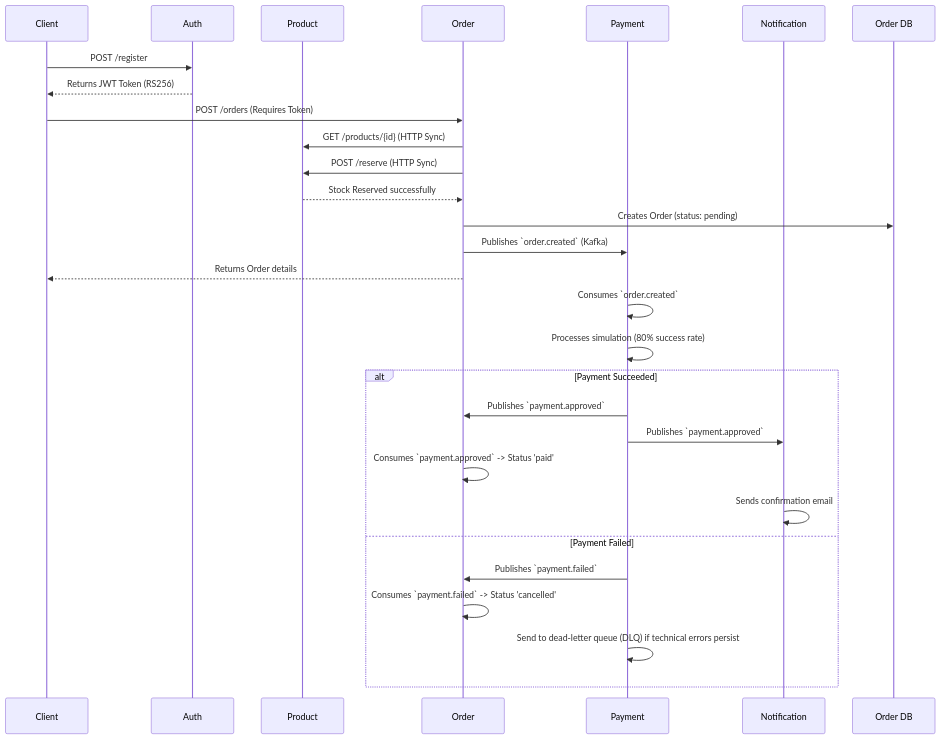
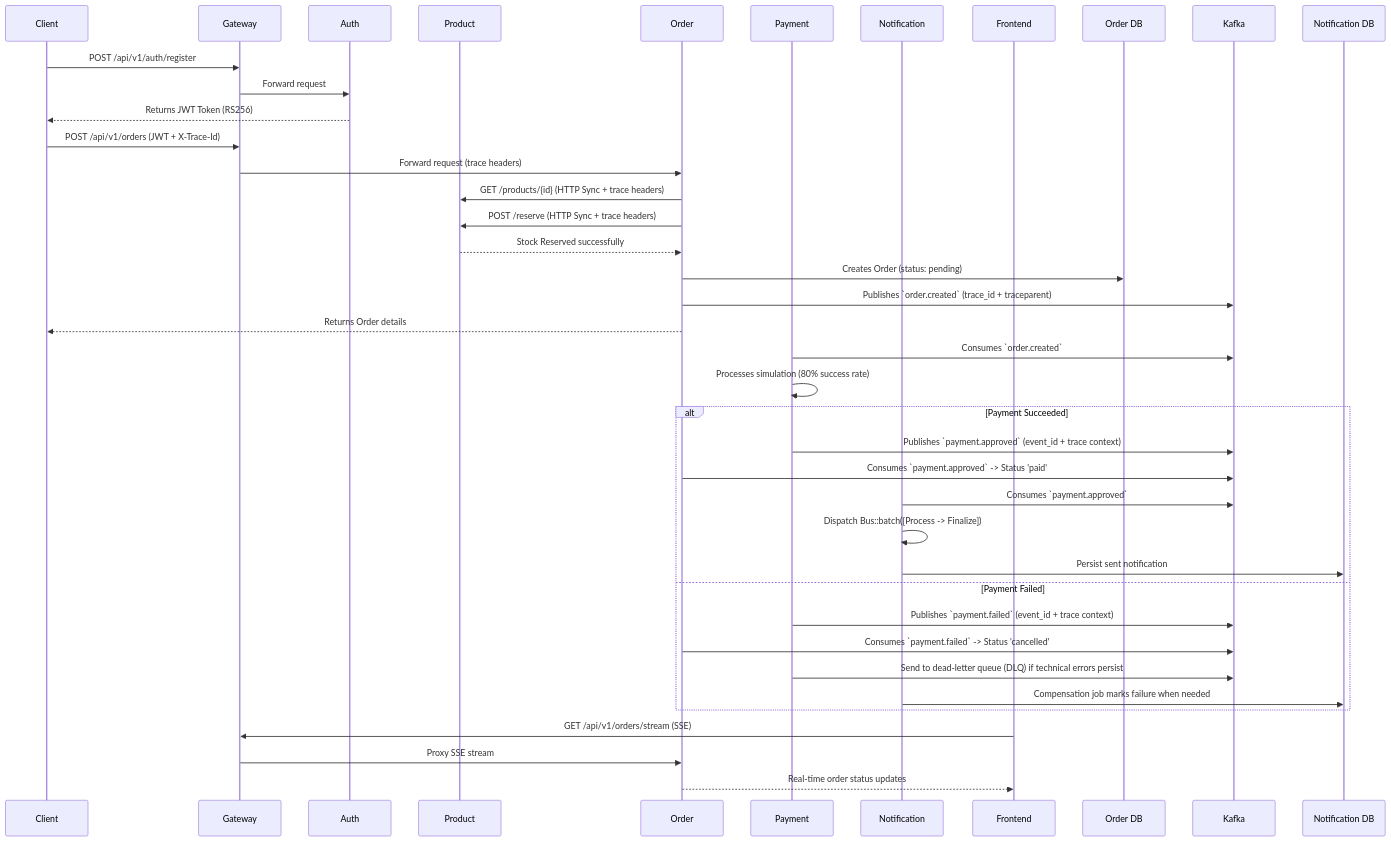
One commit to millerp/order-hub changed the diagram in README.md. Above: the diagram before and after it, drawn with Mermaid.

Commit message:
docs(readme): update event flow diagram for phase 3 architecture

````diff
--- a/README.md
+++ b/README.md
@@ -24,33 +24,43 @@
 ```mermaid
 sequenceDiagram
     participant Client
+    participant Gateway
     participant Auth
     participant Product
     participant Order
     participant Payment
     participant Notification
+    participant Frontend
     
-    Client->>Auth: POST /register
+    Client->>Gateway: POST /api/v1/auth/register
+    Gateway->>Auth: Forward request
     Auth-->>Client: Returns JWT Token (RS256)
     
-    Client->>Order: POST /orders (Requires Token)
-    Order->>Product: GET /products/{id} (HTTP Sync)
-    Order->>Product: POST /reserve (HTTP Sync)
+    Client->>Gateway: POST /api/v1/orders (JWT + X-Trace-Id)
+    Gateway->>Order: Forward request (trace headers)
+    Order->>Product: GET /products/{id} (HTTP Sync + trace headers)
+    Order->>Product: POST /reserve (HTTP Sync + trace headers)
     Product-->>Order: Stock Reserved successfully
     Order->>Order DB: Creates Order (status: pending)
-    Order->>Payment: Publishes `order.created` (Kafka)
+    Order->>Kafka: Publishes `order.created` (trace_id + traceparent)
     Order-->>Client: Returns Order details
     
-    Payment->>Payment: Consumes `order.created`
+    Payment->>Kafka: Consumes `order.created`
     Payment->>Payment: Processes simulation (80% success rate)
     alt Payment Succeeded
-        Payment->>Order: Publishes `payment.approved`
-        Payment->>Notification: Publishes `payment.approved`
-        Order->>Order: Consumes `payment.approved` -> Status 'paid'
-        Notification->>Notification: Sends confirmation email
+        Payment->>Kafka: Publishes `payment.approved` (event_id + trace context)
+        Order->>Kafka: Consumes `payment.approved` -> Status 'paid'
+        Notification->>Kafka: Consumes `payment.approved`
+        Notification->>Notification: Dispatch Bus::batch([Process -> Finalize])
+        Notification->>Notification DB: Persist sent notification
     else Payment Failed
-        Payment->>Order: Publishes `payment.failed`
-        Order->>Order: Consumes `payment.failed` -> Status 'cancelled'
-        Payment->>Payment: Send to dead-letter queue (DLQ) if technical errors persist
+        Payment->>Kafka: Publishes `payment.failed` (event_id + trace context)
+        Order->>Kafka: Consumes `payment.failed` -> Status 'cancelled'
+        Payment->>Kafka: Send to dead-letter queue (DLQ) if technical errors persist
+        Notification->>Notification DB: Compensation job marks failure when needed
     end
+
+    Frontend->>Gateway: GET /api/v1/orders/stream (SSE)
+    Gateway->>Order: Proxy SSE stream
+    Order-->>Frontend: Real-time order status updates
 ```
````
